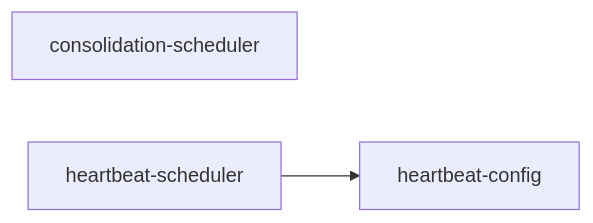
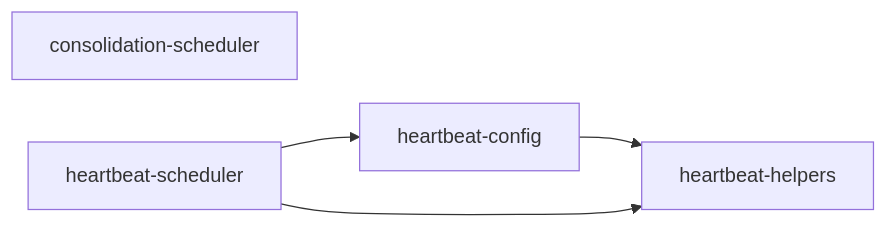
The diagram in packages/scheduling/DEPS.md (OJII3/vicissitude), drawn with Mermaid before and after one commit. The commit also changed other lines of this file and 13 other files, not shown here.

First line of the commit message:
refactor: evaluateDueReminders / createDefaultHeartbeatConfig を scheduling に移動

````diff
--- a/packages/scheduling/DEPS.md
+++ b/packages/scheduling/DEPS.md
@@ -7,6 +7,8 @@
 ```mermaid
 graph LR
   consolidation_scheduler["consolidation-scheduler"]
-  heartbeat_config["heartbeat-config"]
+  heartbeat_config["heartbeat-config"] --> heartbeat_helpers["heartbeat-helpers"]
+  heartbeat_helpers["heartbeat-helpers"]
   heartbeat_scheduler["heartbeat-scheduler"] --> heartbeat_config["heartbeat-config"]
+  heartbeat_scheduler["heartbeat-scheduler"] --> heartbeat_helpers["heartbeat-helpers"]
 ```
````
